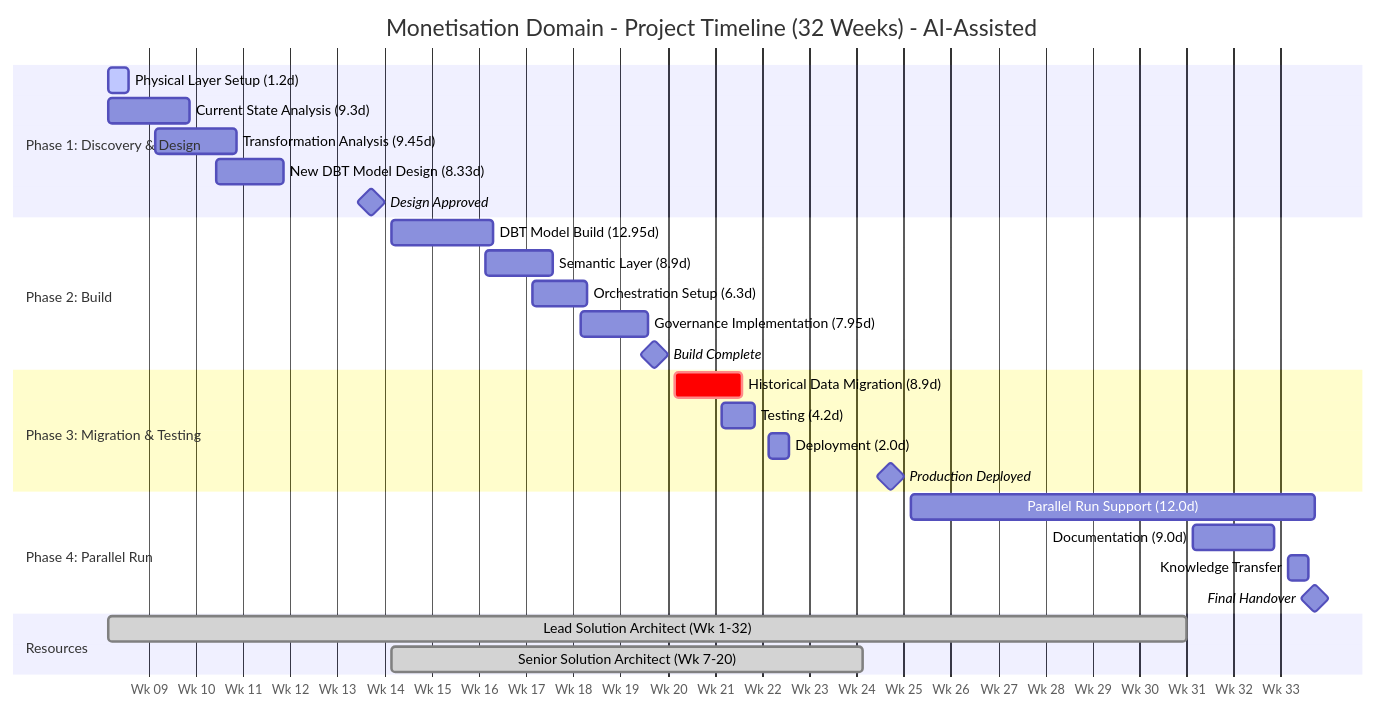
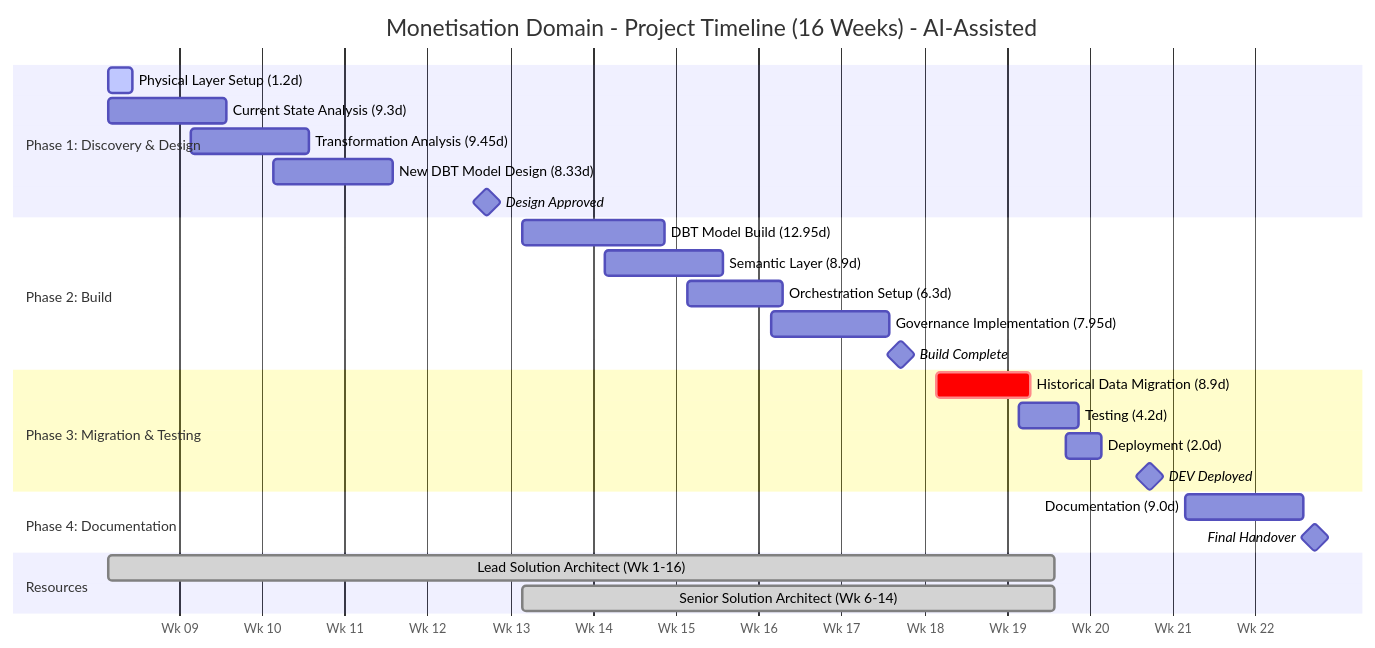
One commit to sfc-gh-mhindi/REPO_CANVA changed the first of 2 diagrams in 4-DataPipelinePrioritisation/Monetization Domain/Monetisation_Domain_Scope_of_Work_INTERNAL.md. Above: the diagram before and after it, drawn with Mermaid. The commit also changed other lines of this file and 15 other files, not shown here.

````diff
--- a/4-DataPipelinePrioritisation/Monetization Domain/Monetisation_Domain_Scope_of_Work_INTERNAL.md
+++ b/4-DataPipelinePrioritisation/Monetization Domain/Monetisation_Domain_Scope_of_Work_INTERNAL.md
@@ -559,37 +541,35 @@
 ```mermaid
 gantt
-    title Monetisation Domain - Project Timeline (32 Weeks) - AI-Assisted
+    title Monetisation Domain - Project Timeline (16 Weeks) - AI-Assisted
     dateFormat  YYYY-MM-DD
     axisFormat  Wk %W
     tickInterval 1week
     
     section Phase 1: Discovery & Design
-    Physical Layer Setup (1.2d)           :active, p1a, 2026-03-02, 3d
-    Current State Analysis (9.3d)         :p1b, 2026-03-02, 12d
-    Transformation Analysis (9.45d)       :p1c, 2026-03-09, 12d
-    New DBT Model Design (8.33d)          :p1d, 2026-03-18, 10d
-    Design Approved                       :milestone, m1, 2026-04-10, 0d
+    Physical Layer Setup (1.2d)           :active, p1a, 2026-03-02, 2d
+    Current State Analysis (9.3d)         :p1b, 2026-03-02, 10d
+    Transformation Analysis (9.45d)       :p1c, 2026-03-09, 10d
+    New DBT Model Design (8.33d)          :p1d, 2026-03-16, 10d
+    Design Approved                       :milestone, m1, 2026-04-03, 0d
     
     section Phase 2: Build
-    DBT Model Build (12.95d)              :p2a, 2026-04-13, 15d
-    Semantic Layer (8.9d)                 :p2b, 2026-04-27, 10d
-    Orchestration Setup (6.3d)            :p2c, 2026-05-04, 8d
-    Governance Implementation (7.95d)     :p2d, 2026-05-11, 10d
-    Build Complete                        :milestone, m2, 2026-05-22, 0d
+    DBT Model Build (12.95d)              :p2a, 2026-04-06, 12d
+    Semantic Layer (8.9d)                 :p2b, 2026-04-13, 10d
+    Orchestration Setup (6.3d)            :p2c, 2026-04-20, 8d
+    Governance Implementation (7.95d)     :p2d, 2026-04-27, 10d
+    Build Complete                        :milestone, m2, 2026-05-08, 0d
     
     section Phase 3: Migration & Testing
-    Historical Data Migration (8.9d)      :crit, p3a, 2026-05-25, 10d
-    Testing (4.2d)                        :p3b, 2026-06-01, 5d
-    Deployment (2.0d)                     :p3c, 2026-06-08, 3d
-    Production Deployed                   :milestone, m3, 2026-06-26, 0d
+    Historical Data Migration (8.9d)      :crit, p3a, 2026-05-11, 8d
+    Testing (4.2d)                        :p3b, 2026-05-18, 5d
+    Deployment (2.0d)                     :p3c, 2026-05-22, 3d
+    DEV Deployed                          :milestone, m3, 2026-05-29, 0d
     
-    section Phase 4: Parallel Run
-    Parallel Run Support (12.0d)          :p4a, 2026-06-29, 60d
-    Documentation (9.0d)                  :p4b, 2026-08-10, 12d
-    Knowledge Transfer                    :p4c, 2026-08-24, 3d
-    Final Handover                        :milestone, m4, 2026-08-28, 0d
+    section Phase 4: Documentation
+    Documentation (9.0d)                  :p4a, 2026-06-01, 10d
+    Final Handover                        :milestone, m4, 2026-06-12, 0d
     
     section Resources
-    Lead Solution Architect (Wk 1-32)     :done, res1, 2026-03-02, 160d
-    Senior Solution Architect (Wk 7-20)   :done, res2, 2026-04-13, 70d
+    Lead Solution Architect (Wk 1-16)     :done, res1, 2026-03-02, 80d
+    Senior Solution Architect (Wk 6-14)   :done, res2, 2026-04-06, 45d
 ```
````
